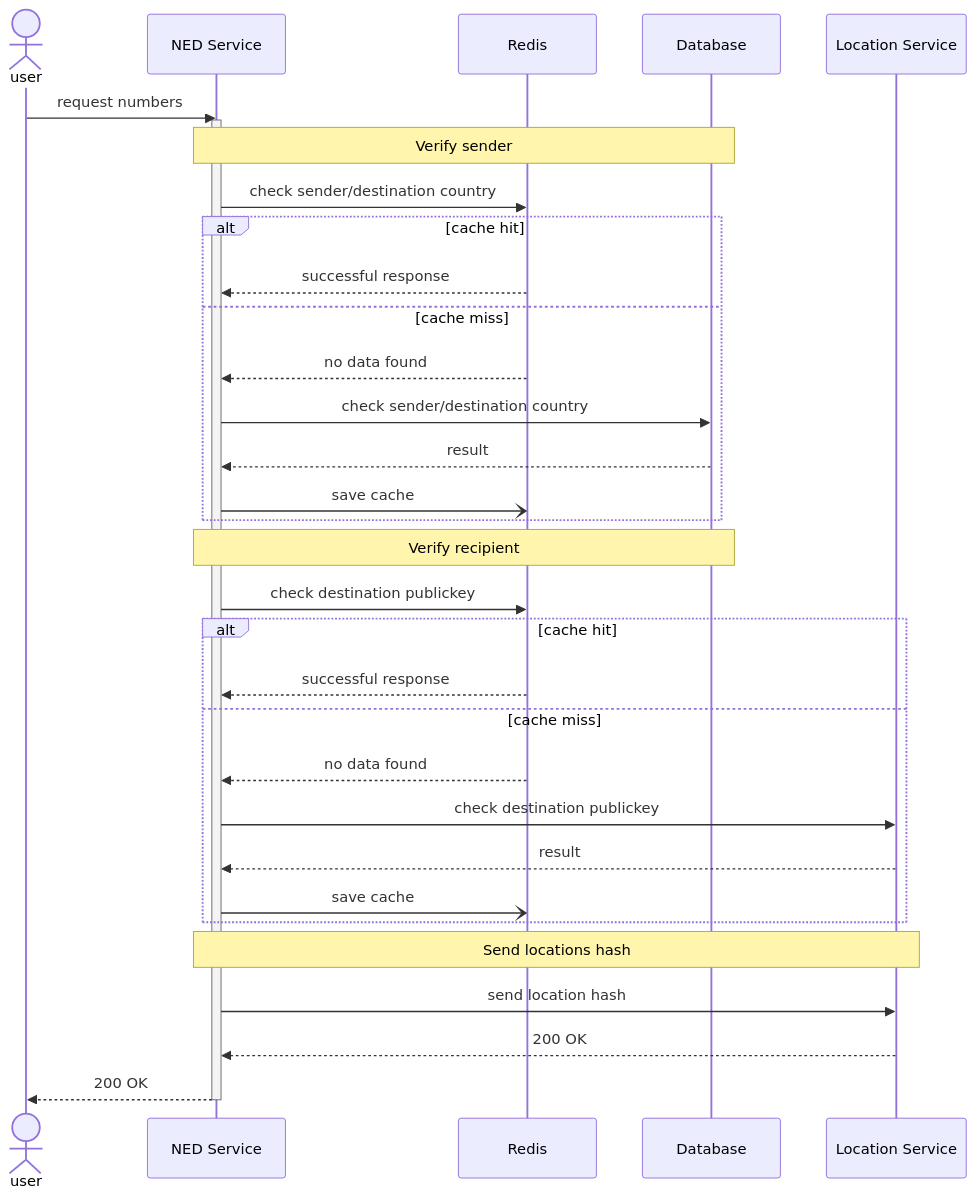
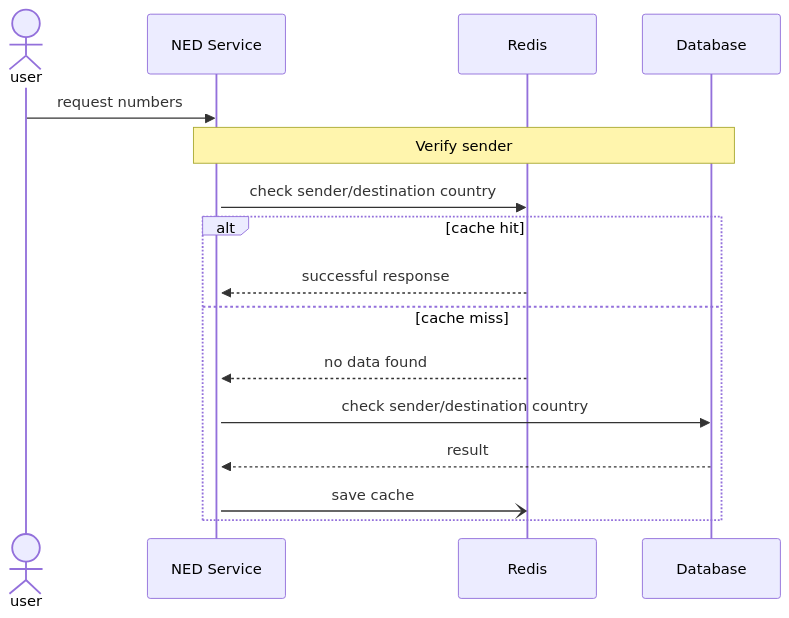
One commit to Andrew-Shepard/swe-final-project changed the diagram in README.md. Above: the diagram before and after it, drawn with Mermaid. The commit also changed 1 other file, not shown here.

Commit message:
Rebased diagram into readme

````diff
--- a/README.md
+++ b/README.md
@@ -1,36 +1,20 @@
 ```mermaid
 sequenceDiagram
 
   actor U as user
   participant N as NED Service
   participant R as Redis
   participant D as Database
-  participant L as Location Service
   U->>N: request numbers
   activate N
   Note over N,D: Verify sender
   N->>R: check sender/destination country
   alt cache hit
     R-->>N: successful response
   else cache miss
     R-->>N: no data found
     N->>D: check sender/destination country
     D-->>N: result
     N-)R: save cache
   end
-  Note over N,D: Verify recipient
-  N->>R: check destination publickey
-  alt cache hit
-    R-->>N: successful response
-  else cache miss
-    R-->>N: no data found
-    N->>L: check destination publickey
-    L-->>N: result
-    N-)R: save cache
-  end
-  Note over N,L: Send locations hash
-  N->>L: send location hash
-  L-->>N: 200 OK
-  N-->>U: 200 OK
-  deactivate N
 ```
````
